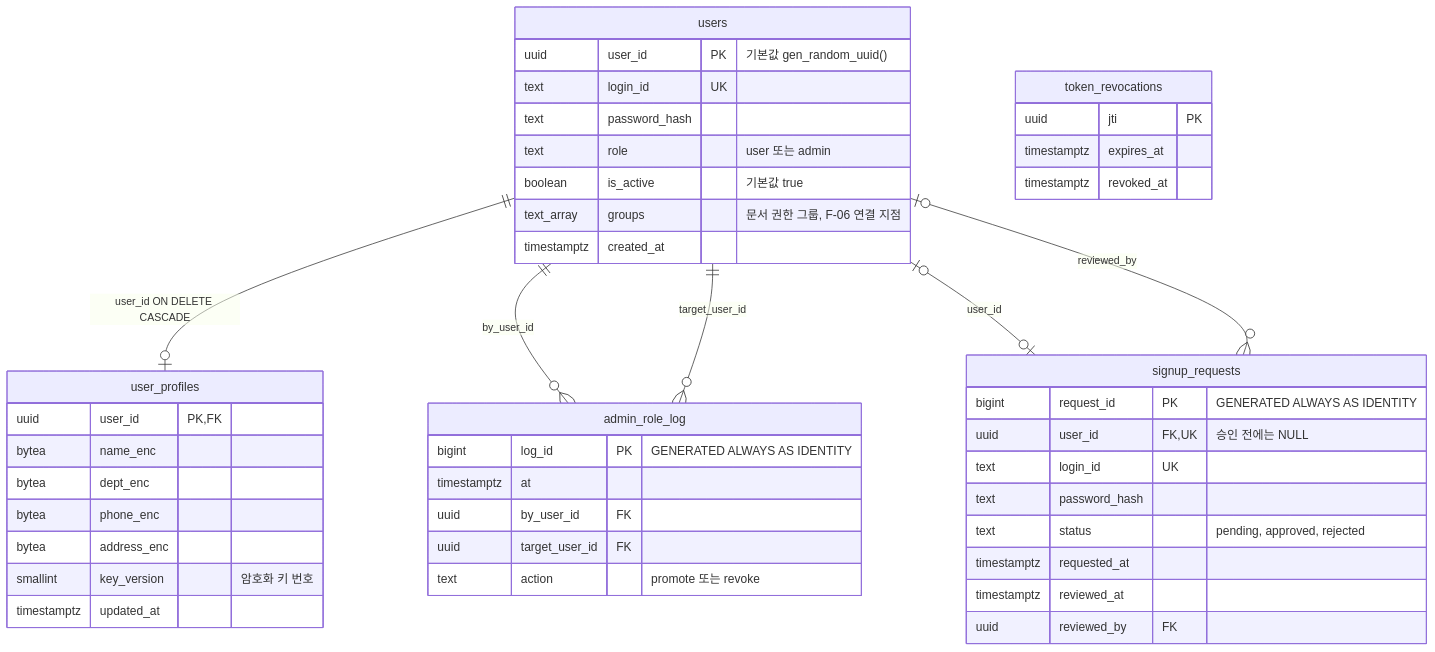
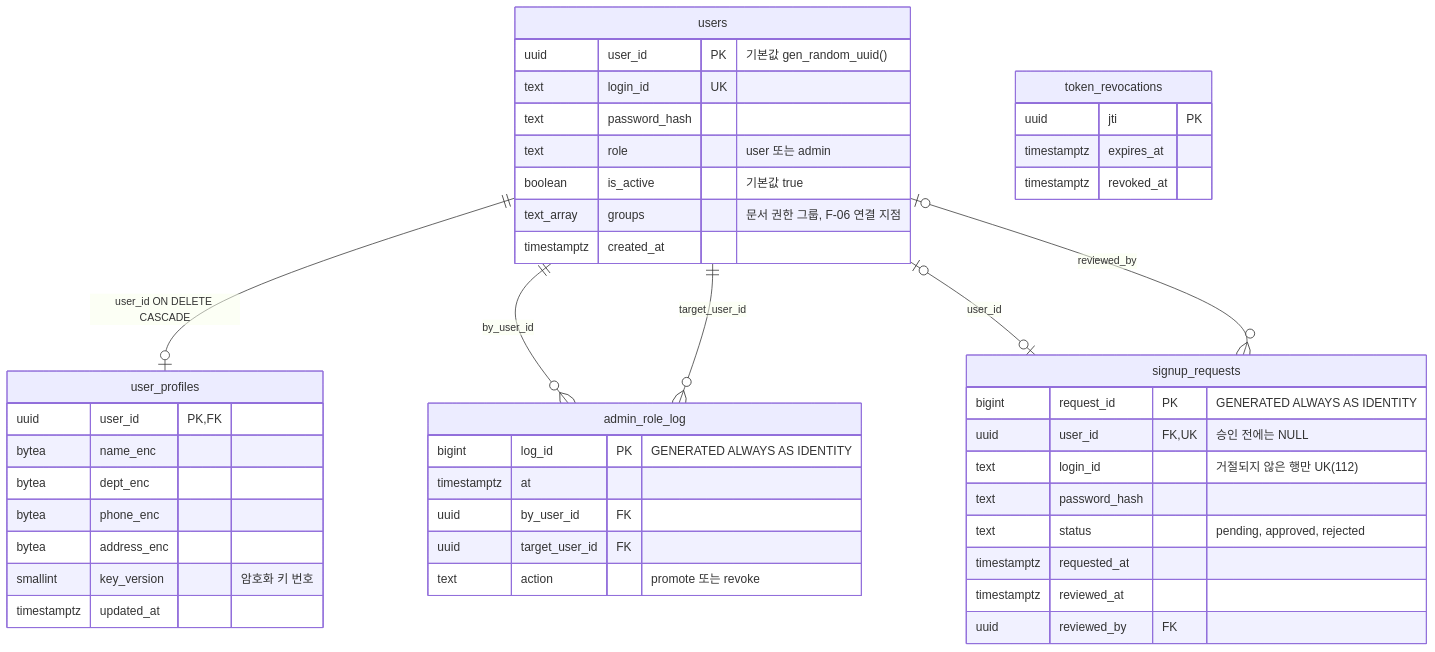
One commit to seungwook-kim/provena changed the second of 8 diagrams in docs/db/ERD.md. Above: the diagram before and after it, drawn with Mermaid. The commit also changed 15 other files, not shown here.

````diff
--- a/docs/db/ERD.md
+++ b/docs/db/ERD.md
@@ -96,49 +96,49 @@
 ```mermaid
 erDiagram
     users ||--o| user_profiles : "user_id ON DELETE CASCADE"
     users ||--o{ admin_role_log : "by_user_id"
     users ||--o{ admin_role_log : "target_user_id"
     users |o--o| signup_requests : "user_id"
     users |o--o{ signup_requests : "reviewed_by"
 
     users {
         uuid user_id PK "기본값 gen_random_uuid()"
         text login_id UK
         text password_hash
         text role "user 또는 admin"
         boolean is_active "기본값 true"
         text_array groups "문서 권한 그룹, F-06 연결 지점"
         timestamptz created_at
     }
     user_profiles {
         uuid user_id PK, FK
         bytea name_enc
         bytea dept_enc
         bytea phone_enc
         bytea address_enc
         smallint key_version "암호화 키 번호"
         timestamptz updated_at
     }
     admin_role_log {
         bigint log_id PK "GENERATED ALWAYS AS IDENTITY"
         timestamptz at
         uuid by_user_id FK
         uuid target_user_id FK
         text action "promote 또는 revoke"
     }
     signup_requests {
         bigint request_id PK "GENERATED ALWAYS AS IDENTITY"
         uuid user_id FK, UK "승인 전에는 NULL"
-        text login_id UK
+        text login_id "거절되지 않은 행만 UK(112)"
         text password_hash
         text status "pending, approved, rejected"
         timestamptz requested_at
         timestamptz reviewed_at
         uuid reviewed_by FK
     }
     token_revocations {
         uuid jti PK
         timestamptz expires_at
         timestamptz revoked_at
     }
 ```
````
